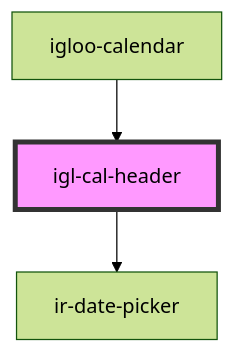
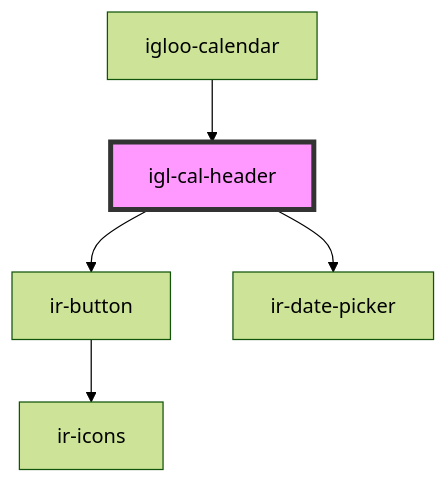
Before and after one commit to David1Chowaifaty/modified-ir-webcmp: the diagram in src/components/igloo-calendar/igl-cal-header/readme.md, drawn with Mermaid (forest theme). The commit also changed other lines of this file and 36 other files, not shown here.

````diff
--- a/src/components/igloo-calendar/igl-cal-header/readme.md
+++ b/src/components/igloo-calendar/igl-cal-header/readme.md
@@ -40,6 +41,8 @@
 ```mermaid
 graph TD;
+  igl-cal-header --> ir-button
   igl-cal-header --> ir-date-picker
+  ir-button --> ir-icons
   igloo-calendar --> igl-cal-header
   style igl-cal-header fill:#f9f,stroke:#333,stroke-width:4px
 ```
````
